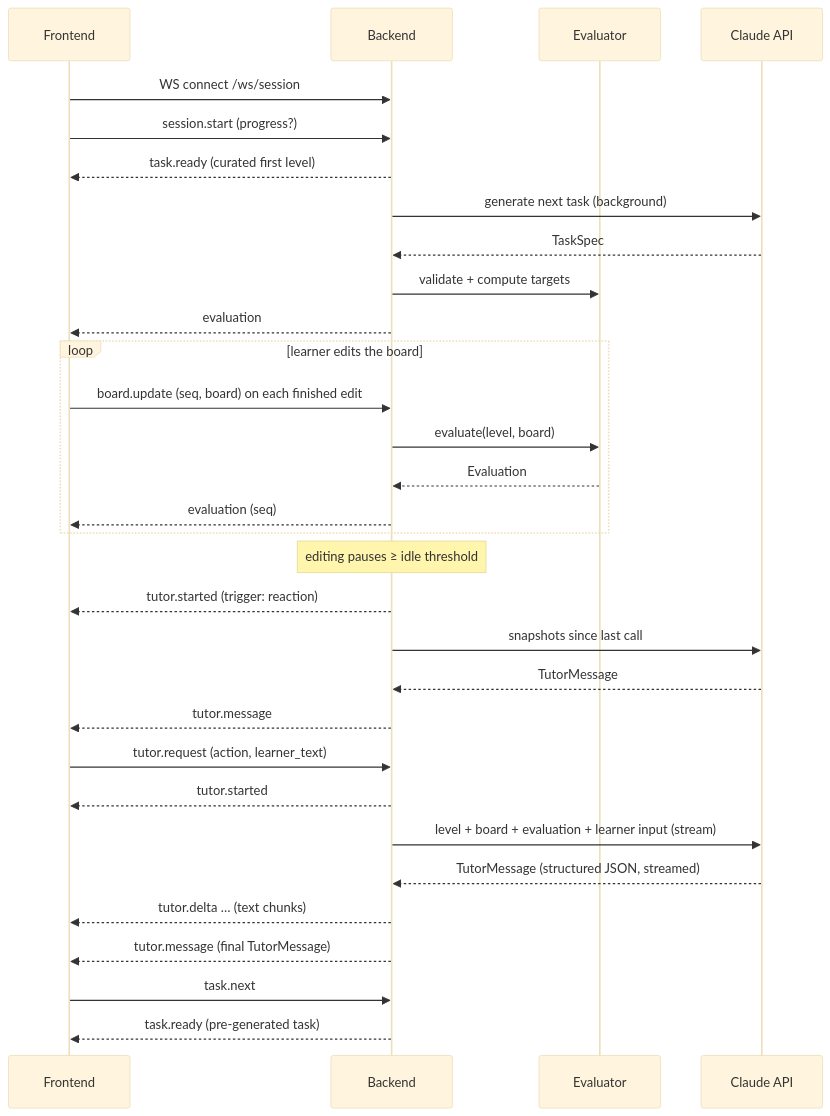
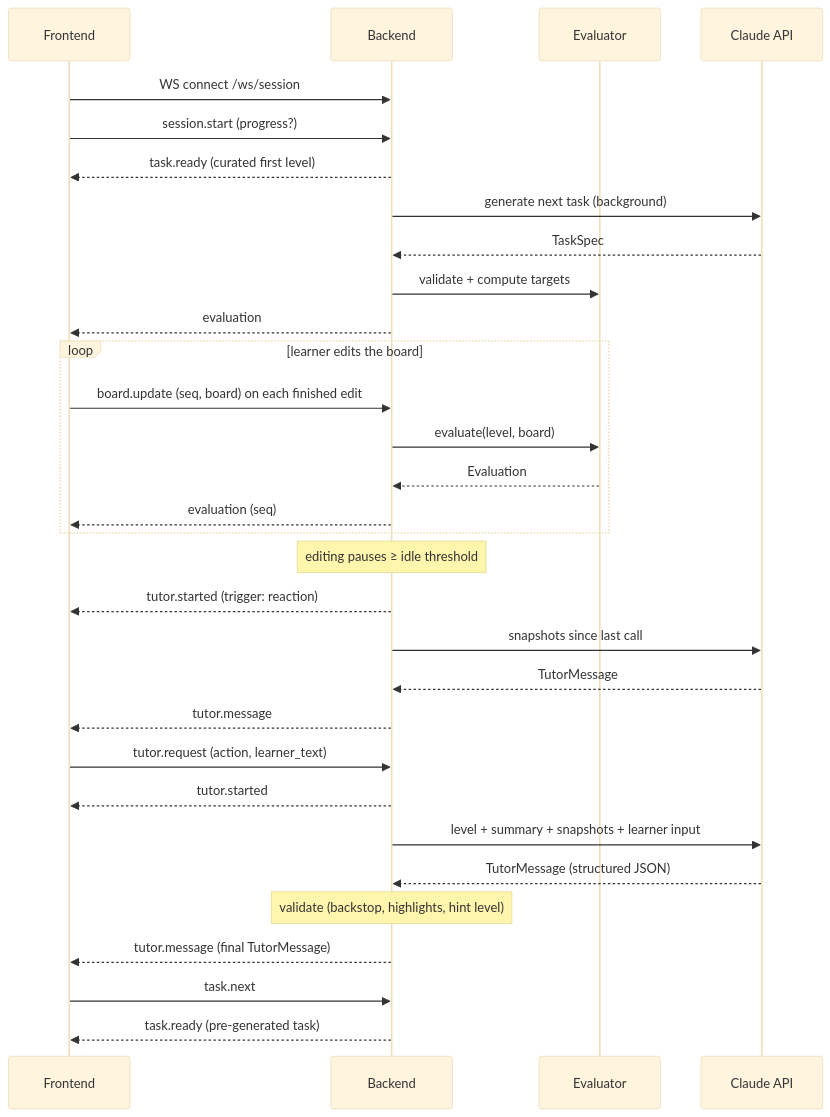
One commit to VOxFF/schematics-ai-tutor changed the diagram in docs/contract.md. Above: the diagram before and after it, drawn with Mermaid (base theme). The commit also changed other lines of this file and 3 other files, not shown here.

First line of the commit message:
Route all tutor replies through the backend and defer the hint ladder

````diff
--- a/docs/contract.md
+++ b/docs/contract.md
@@ -5,34 +5,34 @@
 ```mermaid
 sequenceDiagram
     participant FE as Frontend
     participant BE as Backend
     participant EV as Evaluator
     participant C as Claude API
 
     FE->>BE: WS connect /ws/session
     FE->>BE: session.start (progress?)
     BE-->>FE: task.ready (curated first level)
     BE->>C: generate next task (background)
     C-->>BE: TaskSpec
     BE->>EV: validate + compute targets
     BE-->>FE: evaluation
     loop learner edits the board
         FE->>BE: board.update (seq, board) on each finished edit
         BE->>EV: evaluate(level, board)
         EV-->>BE: Evaluation
         BE-->>FE: evaluation (seq)
     end
     Note over BE: editing pauses ≥ idle threshold
     BE-->>FE: tutor.started (trigger: reaction)
     BE->>C: snapshots since last call
     C-->>BE: TutorMessage
     BE-->>FE: tutor.message
     FE->>BE: tutor.request (action, learner_text)
     BE-->>FE: tutor.started
-    BE->>C: level + board + evaluation + learner input (stream)
-    C-->>BE: TutorMessage (structured JSON, streamed)
-    BE-->>FE: tutor.delta … (text chunks)
+    BE->>C: level + summary + snapshots + learner input
+    C-->>BE: TutorMessage (structured JSON)
+    Note over BE: validate (backstop, highlights, hint level)
     BE-->>FE: tutor.message (final TutorMessage)
     FE->>BE: task.next
     BE-->>FE: task.ready (pre-generated task)
 ```
````
